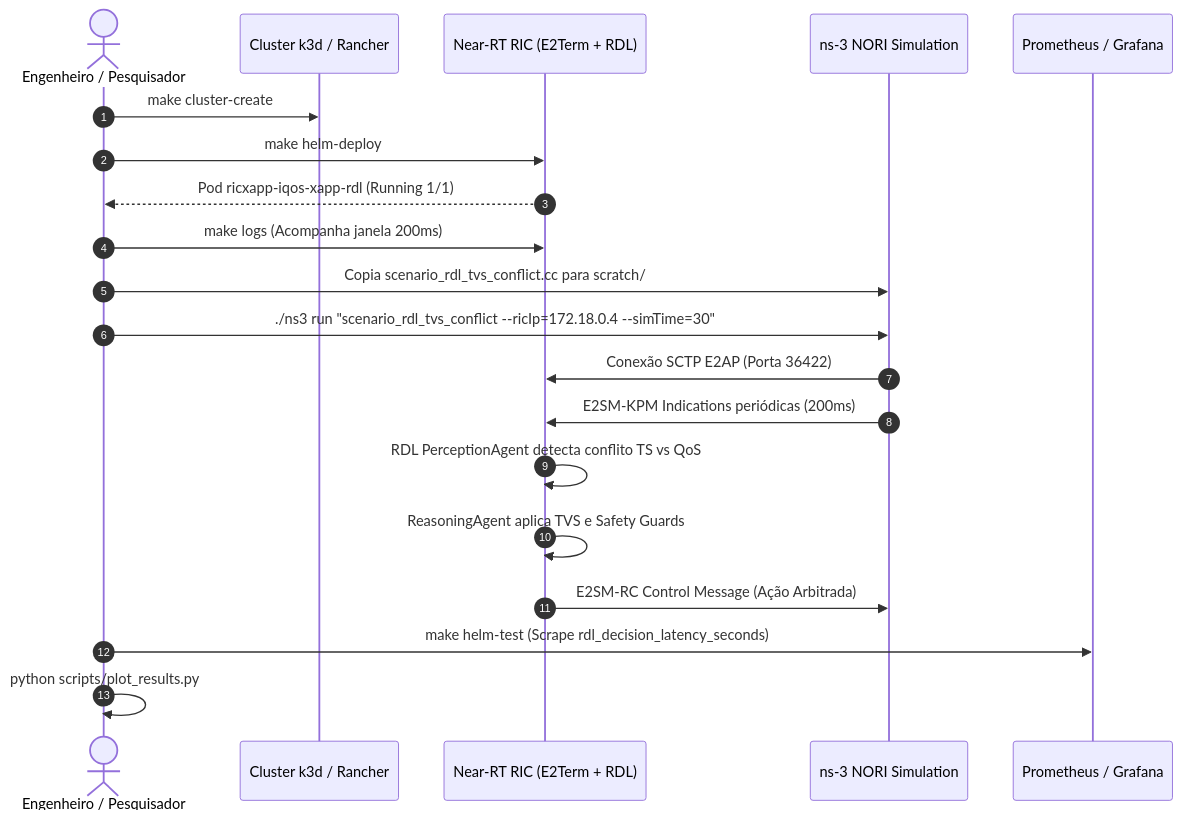
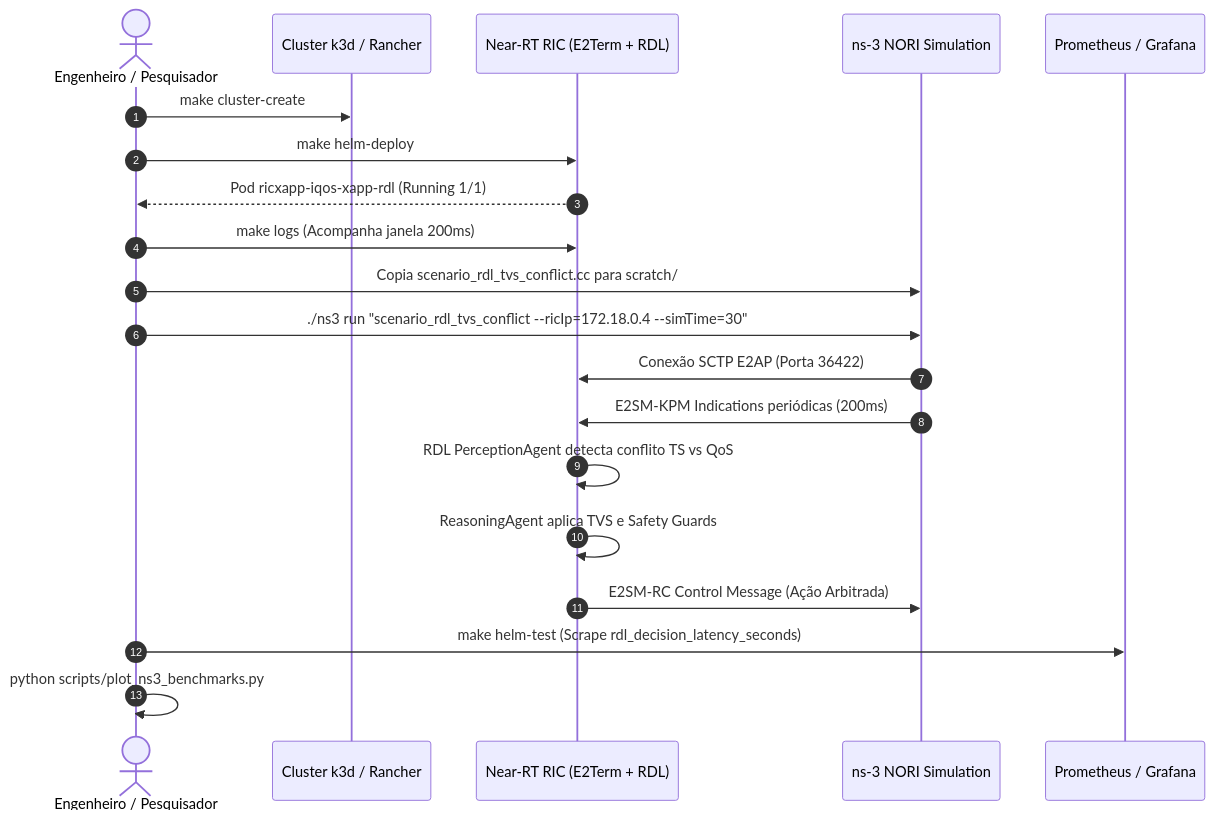
One commit to georgebarbosa3090/XApp-RDL-F1 changed the second of 2 diagrams in docs/08_guia_experimentos_ns3_nori.md. Above: the diagram before and after it, drawn with Mermaid. The commit also changed other lines of this file and 9 other files, not shown here.

````diff
--- a/docs/08_guia_experimentos_ns3_nori.md
+++ b/docs/08_guia_experimentos_ns3_nori.md
@@ -245,23 +245,23 @@
 ```mermaid
 sequenceDiagram
     autonumber
     actor Dev as Engenheiro / Pesquisador
     participant K8s as Cluster k3d / Rancher
     participant RIC as Near-RT RIC (E2Term + RDL)
     participant NS3 as ns-3 NORI Simulation
     participant Prom as Prometheus / Grafana
 
     Dev->>K8s: make cluster-create
     Dev->>RIC: make helm-deploy
     RIC-->>Dev: Pod ricxapp-iqos-xapp-rdl (Running 1/1)
     Dev->>RIC: make logs (Acompanha janela 200ms)
     Dev->>NS3: Copia scenario_rdl_tvs_conflict.cc para scratch/
     Dev->>NS3: ./ns3 run "scenario_rdl_tvs_conflict --ricIp=172.18.0.4 --simTime=30"
     NS3->>RIC: Conexão SCTP E2AP (Porta 36422)
     NS3->>RIC: E2SM-KPM Indications periódicas (200ms)
     RIC->>RIC: RDL PerceptionAgent detecta conflito TS vs QoS
     RIC->>RIC: ReasoningAgent aplica TVS e Safety Guards
     RIC->>NS3: E2SM-RC Control Message (Ação Arbitrada)
     Dev->>Prom: make helm-test (Scrape rdl_decision_latency_seconds)
-    Dev->>Dev: python scripts/plot_results.py
+    Dev->>Dev: python scripts/plot_ns3_benchmarks.py
 ```
````
